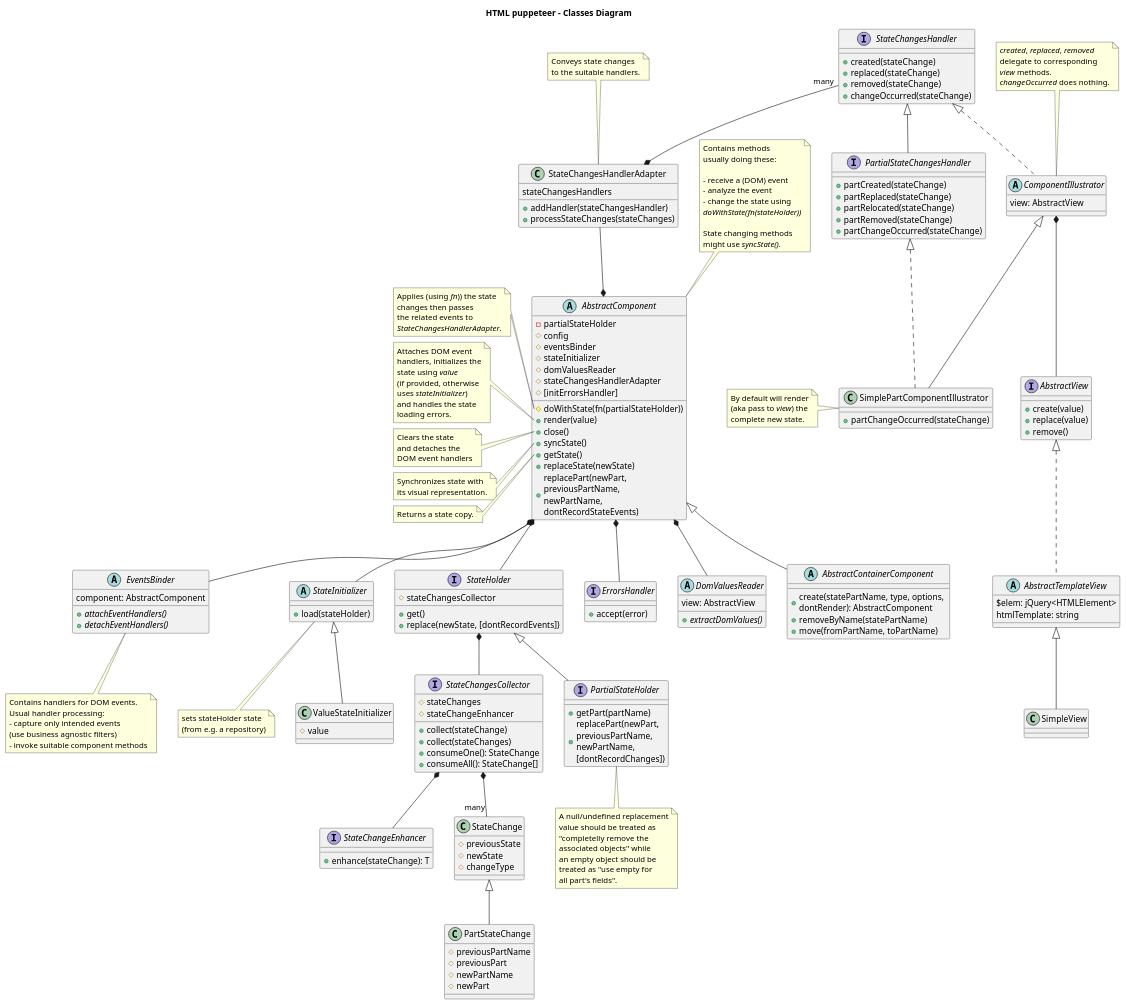
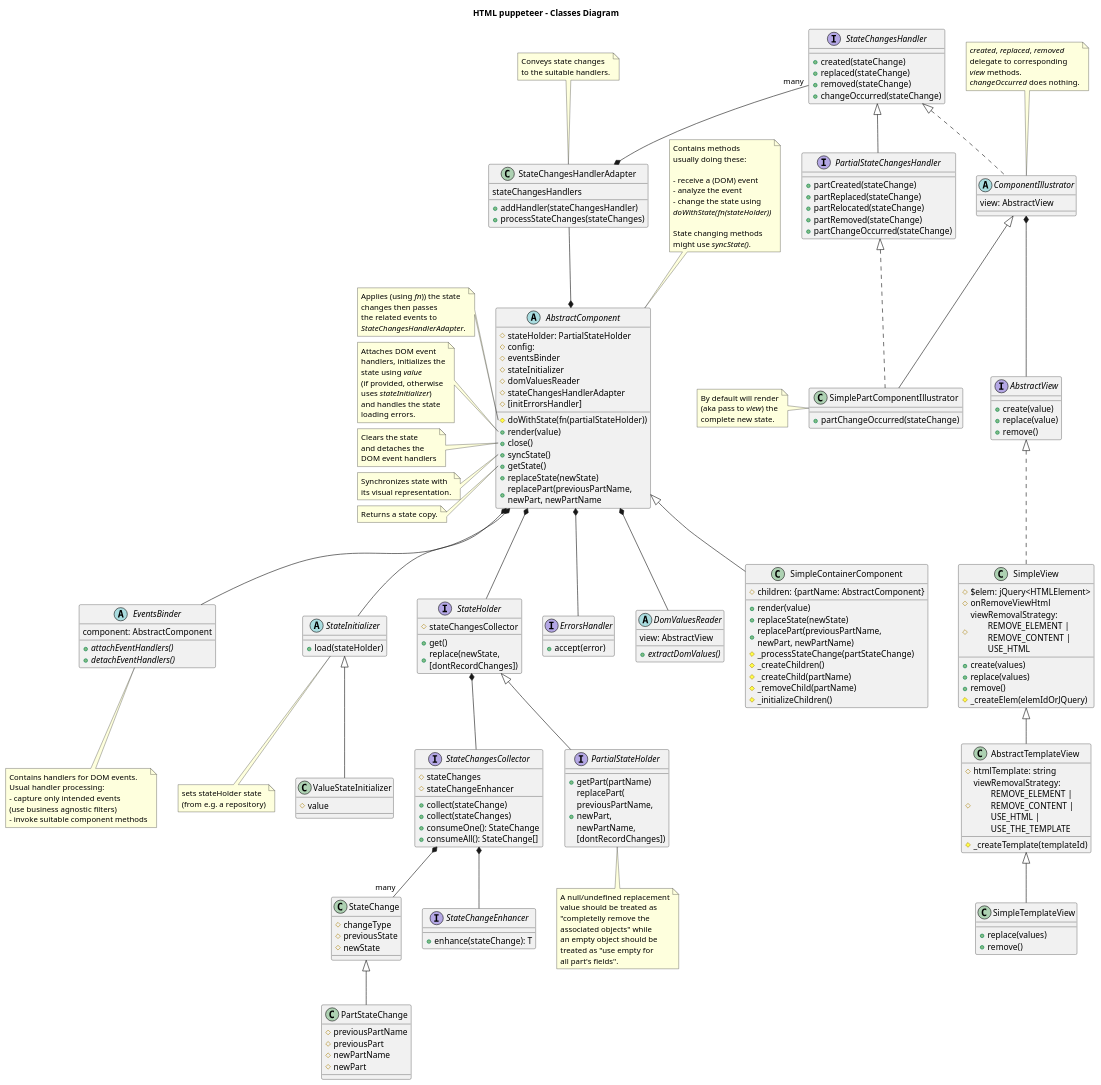
The diagram in design/classes-diagram.puml (adrhc/html-puppeteer), drawn with PlantUML before and after one commit. The commit also changed 27 other files, not shown here.

Commit message:
9component-container.html

```diff
--- a/design/classes-diagram.puml
+++ b/design/classes-diagram.puml
@@ -3,8 +3,8 @@
 title HTML puppeteer - Classes Diagram
 
 abstract AbstractComponent {
-  -partialStateHolder
-  #config
+  #stateHolder: PartialStateHolder
+  #config:
   #eventsBinder
   #stateInitializer
   #domValuesReader
@@ -16,7 +16,7 @@
   +syncState()
   +getState()
   +replaceState(newState)
-  +replacePart(newPart, \npreviousPartName, \nnewPartName, \ndontRecordStateEvents)
+  +replacePart(previousPartName, \nnewPart, newPartName
 }
 
 note top of AbstractComponent
@@ -87,10 +87,23 @@
 Returns a state copy.
 end note
 
-abstract AbstractContainerComponent extends AbstractComponent {
-  +create(statePartName, type, options, \ndontRender): AbstractComponent
-  +removeByName(statePartName)
-  +move(fromPartName, toPartName)
+/'abstract AbstractContainerComponent extends AbstractComponent {
+  +create(partName, partValue)
+  +remove(partName)
+  +replace(partName, partValue)
+  +move(partName, toPartName)
+}'/
+
+class SimpleContainerComponent extends AbstractComponent {
+#children: {partName: AbstractComponent}
++render(value)
++replaceState(newState)
++replacePart(previousPartName, \nnewPart, newPartName)
+#_processStateChange(partStateChange)
+#_createChildren()
+#_createChild(partName)
+#_removeChild(partName)
+#_initializeChildren()
 }
 
 abstract EventsBinder {
@@ -121,9 +134,9 @@
 }
 
 class StateChange {
+#changeType
 #previousState
 #newState
-#changeType
 }
 
 class PartStateChange extends StateChange {
@@ -149,7 +162,7 @@
 
 interface StateHolder {
 +get()
-+replace(newState, [dontRecordEvents])
++replace(newState, \n[dontRecordChanges])
 #stateChangesCollector
 }
 
@@ -162,7 +175,7 @@
 
 interface PartialStateHolder extends StateHolder {
 +getPart(partName)
-+replacePart(newPart, \npreviousPartName, \nnewPartName, \n[dontRecordChanges])
++replacePart(\npreviousPartName, \nnewPart, \nnewPartName, \n[dontRecordChanges])
 }
 
 ' note left of PartialStateHolder::replacePart
@@ -206,12 +219,26 @@
 DOM element.
 end note'/
 
-abstract AbstractTemplateView implements AbstractView {
-$elem: jQuery<HTMLElement>
-htmlTemplate: string
+class SimpleView implements AbstractView {
+#$elem: jQuery<HTMLElement>
+#onRemoveViewHtml
+#viewRemovalStrategy: \n\tREMOVE_ELEMENT |\n\tREMOVE_CONTENT |\n\tUSE_HTML
++create(values)
++replace(values)
++remove()
+#_createElem(elemIdOrJQuery)
 }
 
-class SimpleView extends AbstractTemplateView
+class AbstractTemplateView extends SimpleView {
+#htmlTemplate: string
+#viewRemovalStrategy: \n\tREMOVE_ELEMENT |\n\tREMOVE_CONTENT |\n\tUSE_HTML |\n\tUSE_THE_TEMPLATE
+#_createTemplate(templateId)
+}
+
+class SimpleTemplateView extends AbstractTemplateView {
++replace(values)
++remove()
+}
 
 class StateChangesHandlerAdapter {
 stateChangesHandlers
```
